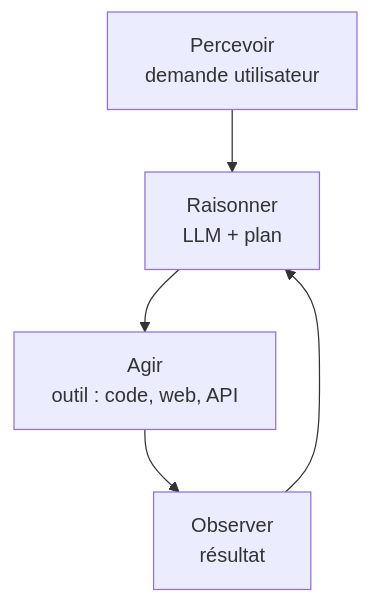
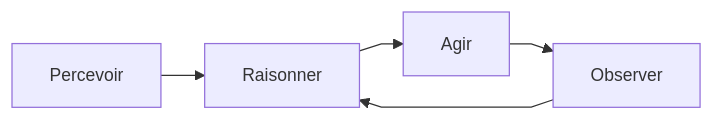
The sixth of 10 diagrams in slides/S3-acculturation/slides.md (jsboige/CoursIA), drawn with Mermaid before and after one commit. The commit also changed other lines of this file and 3 other files, not shown here.

First line of the commit message:
fix(slides,#10950): mermaid overflow slides 75/77/79 S3-acculturation phase generative — graph TD->LR + compactage init + labels 1 ligne

````diff
--- a/slides/S3-acculturation/slides.md
+++ b/slides/S3-acculturation/slides.md
@@ -2137,7 +2137,8 @@
 ```mermaid
-graph TD
-    A[Percevoir<br/>demande utilisateur] --> B[Raisonner<br/>LLM + plan]
-    B --> C[Agir<br/>outil : code, web, API]
-    C --> D[Observer<br/>résultat]
+%%{init: {"flowchart": {"nodeSpacing": 30, "rankSpacing": 35, "curve": "linear"}, "themeVariables": {"fontSize": "14px"}}}%%
+graph LR
+    A[Percevoir] --> B[Raisonner]
+    B --> C[Agir]
+    C --> D[Observer]
     D --> B
 ```
````
